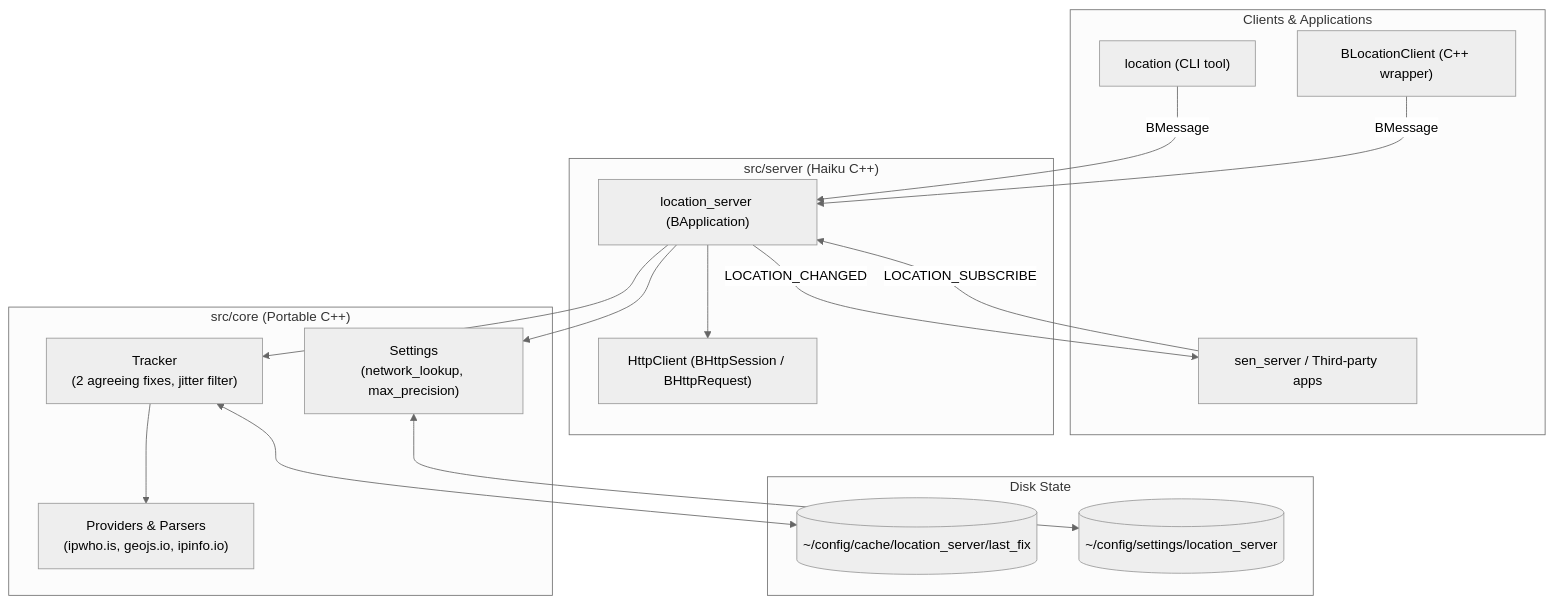
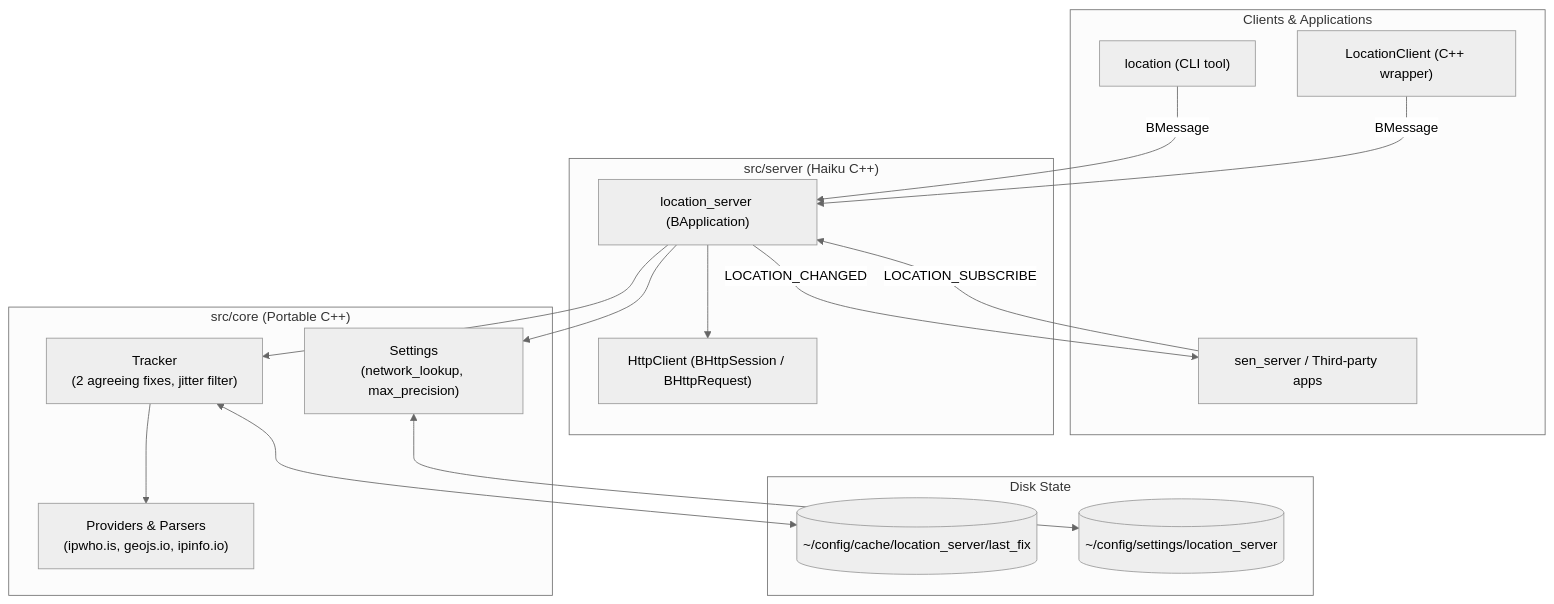
Before and after one commit to sen-laboratories/basho: the diagram in README.md, drawn with Mermaid (neutral theme). The commit also changed other lines of this file and 4 other files, not shown here.

````diff
--- a/README.md
+++ b/README.md
@@ -86,35 +90,35 @@
 ```mermaid
 flowchart TD
     subgraph Clients["Clients & Applications"]
         CLI["location (CLI tool)"]
-        Lib["BLocationClient (C++ wrapper)"]
+        Lib["LocationClient (C++ wrapper)"]
         SEN["sen_server / Third-party apps"]
     end
 
     subgraph ServerLayer["src/server (Haiku C++)"]
         Daemon["location_server (BApplication)"]
         HTTP["HttpClient (BHttpSession / BHttpRequest)"]
     end
 
     subgraph CoreLayer["src/core (Portable C++)"]
         Tracker["Tracker<br/>(2 agreeing fixes, jitter filter)"]
         Providers["Providers & Parsers<br/>(ipwho.is, geojs.io, ipinfo.io)"]
         Settings["Settings<br/>(network_lookup, max_precision)"]
     end
 
     subgraph Disk["Disk State"]
         CacheFile[("~/config/cache/location_server/last_fix")]
         SettingsFile[("~/config/settings/location_server")]
     end
 
     CLI -->|BMessage| Daemon
     Lib -->|BMessage| Daemon
     SEN -->|LOCATION_SUBSCRIBE| Daemon
     Daemon -->|LOCATION_CHANGED| SEN
     Daemon --> HTTP
     Daemon --> Tracker
     Tracker --> Providers
     Daemon --> Settings
     Tracker <--> CacheFile
     Settings <--> SettingsFile
 ```
````
